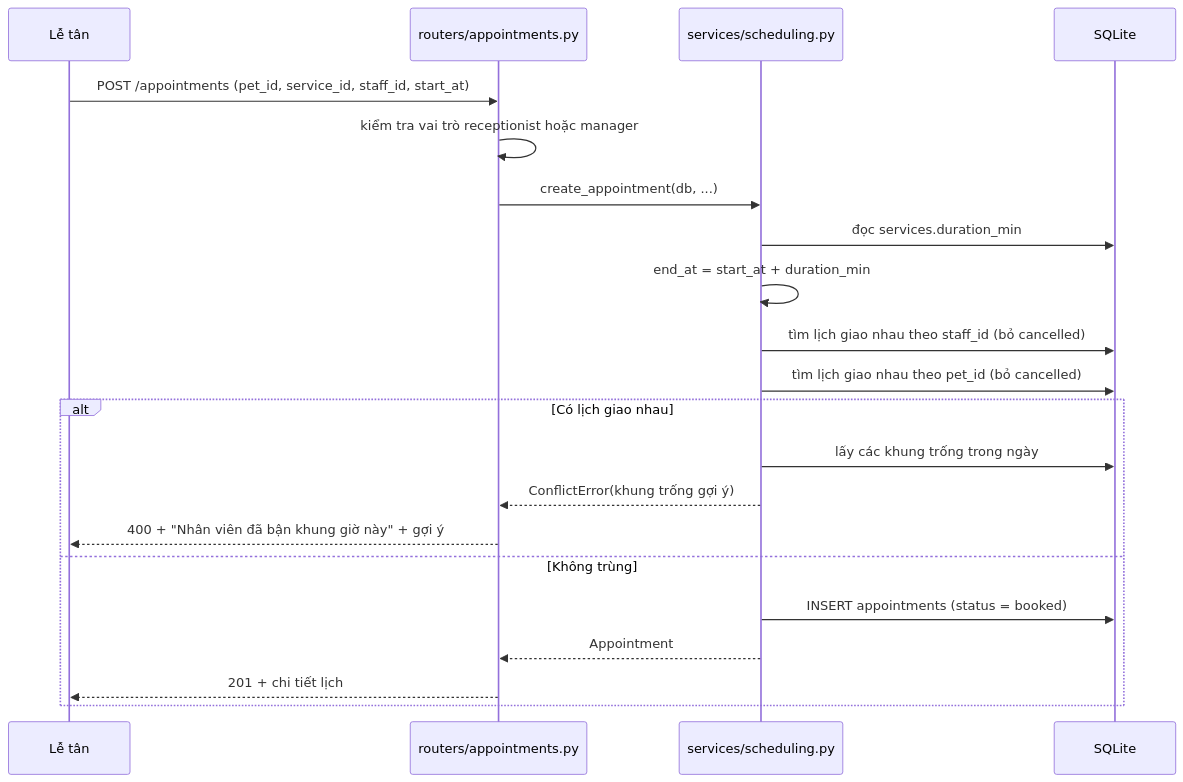
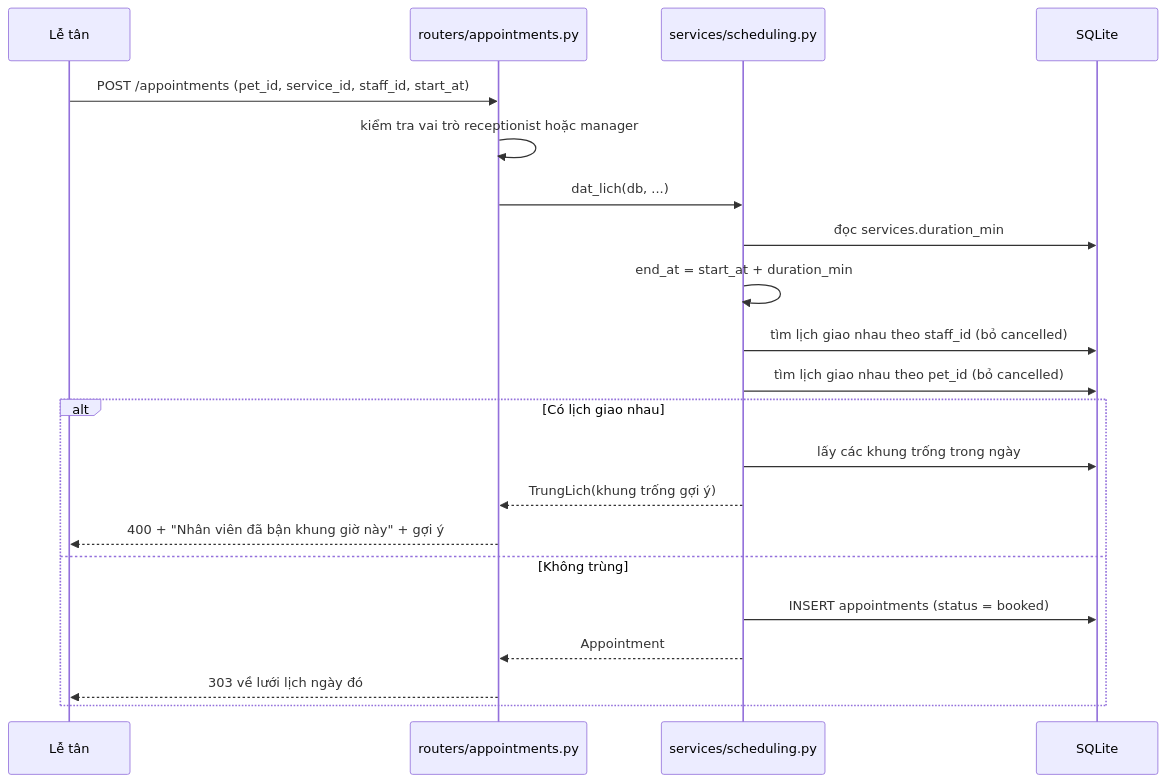
Before and after one commit to dtc245010034-rgb/Veterinary-management-system: the first of 3 diagrams in docs/architecture.md, drawn with Mermaid. The commit also changed other lines of this file and 2 other files, not shown here.

````diff
--- a/docs/architecture.md
+++ b/docs/architecture.md
@@ -98,24 +98,24 @@
 ```mermaid
 sequenceDiagram
     participant LT as Lễ tân
     participant R as routers/appointments.py
     participant S as services/scheduling.py
     participant DB as SQLite
 
     LT->>R: POST /appointments (pet_id, service_id, staff_id, start_at)
     R->>R: kiểm tra vai trò receptionist hoặc manager
-    R->>S: create_appointment(db, ...)
+    R->>S: dat_lich(db, ...)
     S->>DB: đọc services.duration_min
     S->>S: end_at = start_at + duration_min
     S->>DB: tìm lịch giao nhau theo staff_id (bỏ cancelled)
     S->>DB: tìm lịch giao nhau theo pet_id (bỏ cancelled)
     alt Có lịch giao nhau
         S->>DB: lấy các khung trống trong ngày
-        S-->>R: ConflictError(khung trống gợi ý)
+        S-->>R: TrungLich(khung trống gợi ý)
         R-->>LT: 400 + "Nhân viên đã bận khung giờ này" + gợi ý
     else Không trùng
         S->>DB: INSERT appointments (status = booked)
         S-->>R: Appointment
-        R-->>LT: 201 + chi tiết lịch
+        R-->>LT: 303 về lưới lịch ngày đó
     end
 ```
````
